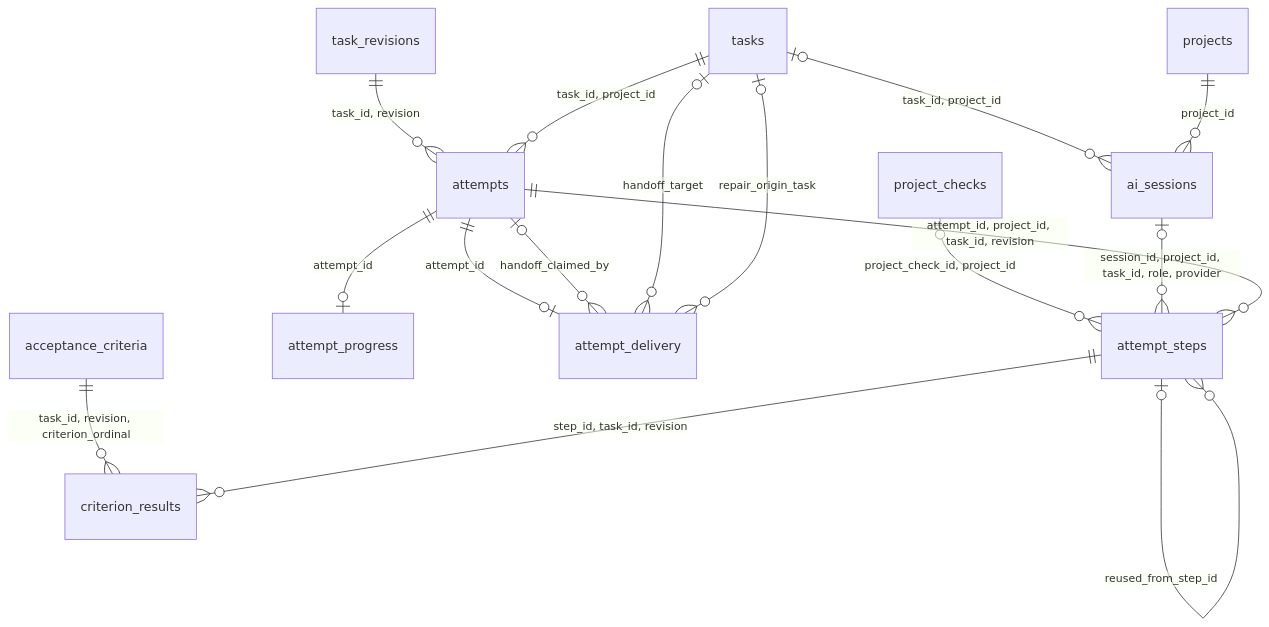
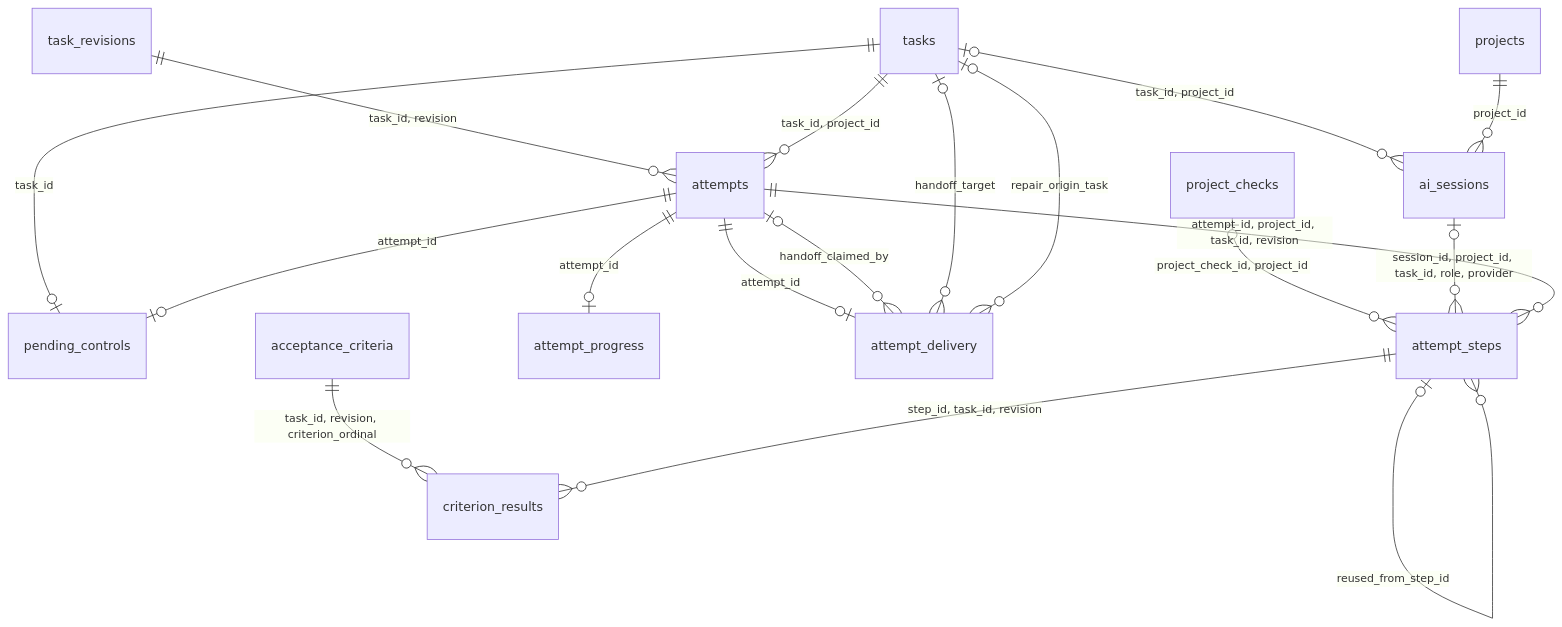
The second of 3 diagrams in docs/STORAGE.md (IllyaYalovyy/ktask-rs), drawn with Mermaid before and after one commit. The commit also changed other lines of this file and 12 other files, not shown here.

Commit message:
ktask: task #36, attempt #60

````diff
--- a/docs/STORAGE.md
+++ b/docs/STORAGE.md
@@ -175,18 +180,20 @@
 ```mermaid
 erDiagram
     task_revisions ||--o{ attempts : "task_id, revision"
     tasks ||--o{ attempts : "task_id, project_id"
+    tasks ||--o| pending_controls : "task_id"
+    attempts ||--o| pending_controls : "attempt_id"
     tasks o|--o{ ai_sessions : "task_id, project_id"
     projects ||--o{ ai_sessions : "project_id"
     project_checks o|--o{ attempt_steps : "project_check_id, project_id"
     ai_sessions o|--o{ attempt_steps : "session_id, project_id, task_id, role, provider"
     attempts ||--o| attempt_progress : "attempt_id"
     attempts ||--o| attempt_delivery : "attempt_id"
     attempts o|--o{ attempt_delivery : "handoff_claimed_by"
     tasks o|--o{ attempt_delivery : "handoff_target"
     tasks o|--o{ attempt_delivery : "repair_origin_task"
     attempts ||--o{ attempt_steps : "attempt_id, project_id, task_id, revision"
     attempt_steps o|--o{ attempt_steps : "reused_from_step_id"
     acceptance_criteria ||--o{ criterion_results : "task_id, revision, criterion_ordinal"
     attempt_steps ||--o{ criterion_results : "step_id, task_id, revision"
 ```
````
